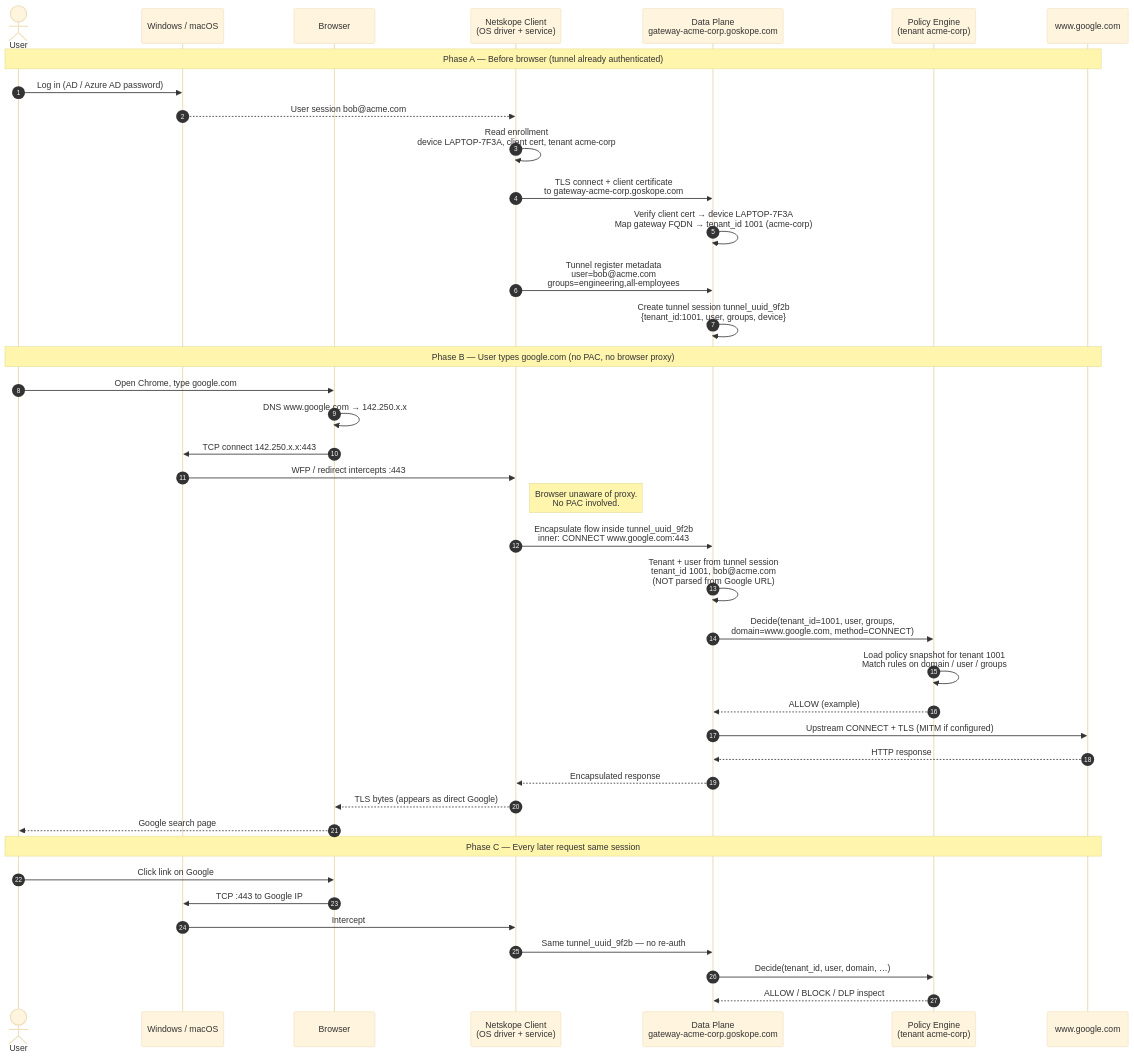
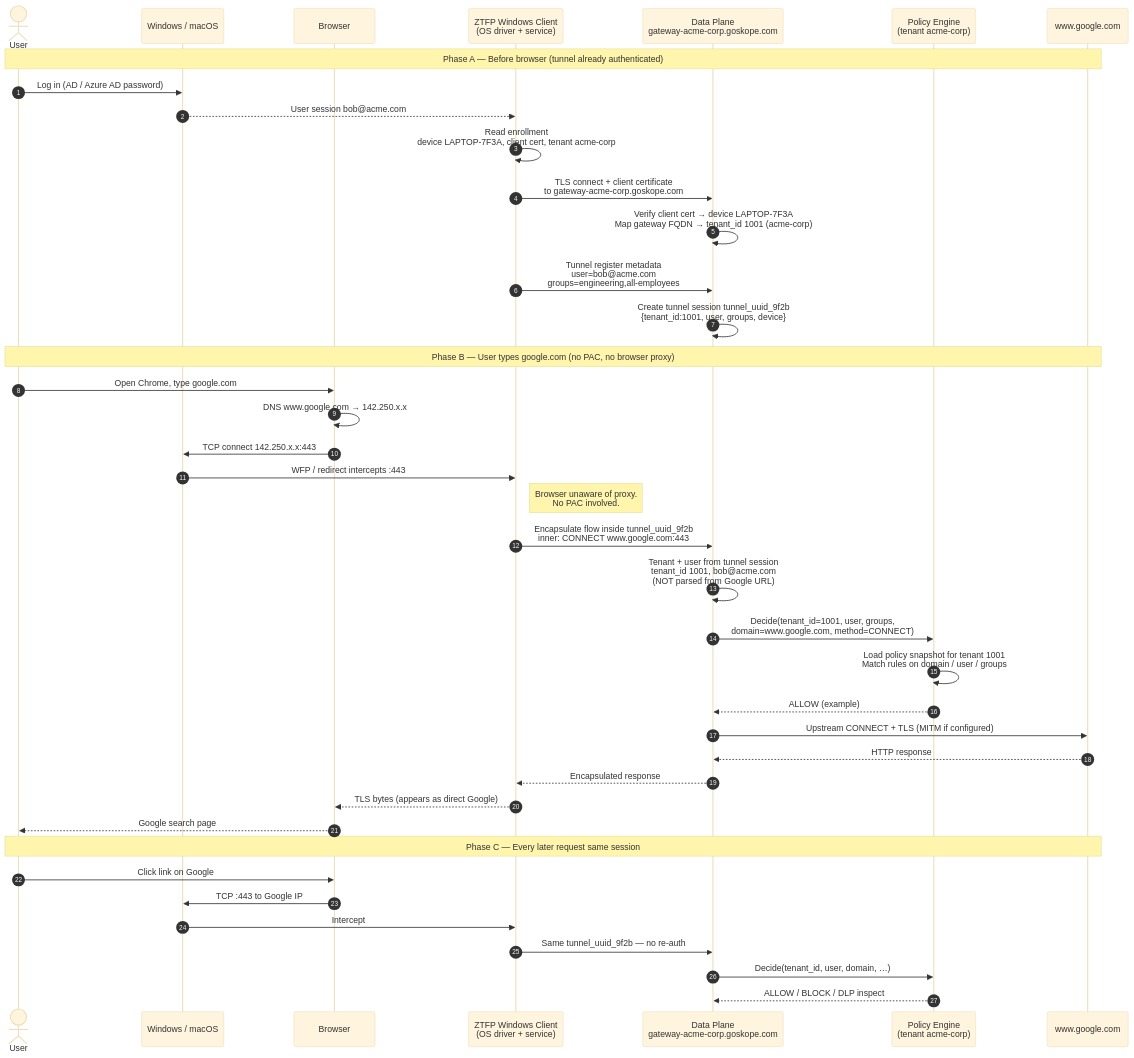
One commit to code-with-amitk/ZeroTrustForwardProxy changed the diagram in Documentation/Authentication.md. Above: the diagram before and after it, drawn with Mermaid (base theme). The commit also changed other lines of this file and 7 other files, not shown here.

````diff
--- a/Documentation/Authentication.md
+++ b/Documentation/Authentication.md
@@ -95,51 +97,51 @@
 ```mermaid
 sequenceDiagram
     autonumber
     actor User
     participant OS as Windows / macOS
     participant Browser
-    participant Client as Netskope Client<br/>(OS driver + service)
+    participant Client as ZTFP Windows Client<br/>(OS driver + service)
     participant DP as Data Plane<br/>gateway-acme-corp.goskope.com
     participant PE as Policy Engine<br/>(tenant acme-corp)
     participant Google as www.google.com
 
     Note over User,Google: Phase A — Before browser (tunnel already authenticated)
 
     User->>OS: Log in (AD / Azure AD password)
     OS-->>Client: User session bob@acme.com
     Client->>Client: Read enrollment<br/>device LAPTOP-7F3A, client cert, tenant acme-corp
     Client->>DP: TLS connect + client certificate<br/>to gateway-acme-corp.goskope.com
     DP->>DP: Verify client cert → device LAPTOP-7F3A<br/>Map gateway FQDN → tenant_id 1001 (acme-corp)
     Client->>DP: Tunnel register metadata<br/>user=bob@acme.com<br/>groups=engineering,all-employees
     DP->>DP: Create tunnel session tunnel_uuid_9f2b<br/>{tenant_id:1001, user, groups, device}
 
     Note over User,Google: Phase B — User types google.com (no PAC, no browser proxy)
 
     User->>Browser: Open Chrome, type google.com
     Browser->>Browser: DNS www.google.com → 142.250.x.x
     Browser->>OS: TCP connect 142.250.x.x:443
 
     OS->>Client: WFP / redirect intercepts :443
     Note right of Client: Browser unaware of proxy.<br/>No PAC involved.
 
     Client->>DP: Encapsulate flow inside tunnel_uuid_9f2b<br/>inner: CONNECT www.google.com:443
     DP->>DP: Tenant + user from tunnel session<br/>tenant_id 1001, bob@acme.com<br/>(NOT parsed from Google URL)
     DP->>PE: Decide(tenant_id=1001, user, groups,<br/>domain=www.google.com, method=CONNECT)
     PE->>PE: Load policy snapshot for tenant 1001<br/>Match rules on domain / user / groups
     PE-->>DP: ALLOW (example)
 
     DP->>Google: Upstream CONNECT + TLS (MITM if configured)
     Google-->>DP: HTTP response
     DP-->>Client: Encapsulated response
     Client-->>Browser: TLS bytes (appears as direct Google)
     Browser-->>User: Google search page
 
     Note over User,Google: Phase C — Every later request same session
 
     User->>Browser: Click link on Google
     Browser->>OS: TCP :443 to Google IP
     OS->>Client: Intercept
     Client->>DP: Same tunnel_uuid_9f2b — no re-auth
     DP->>PE: Decide(tenant_id, user, domain, …)
     PE-->>DP: ALLOW / BLOCK / DLP inspect
 ```
````
